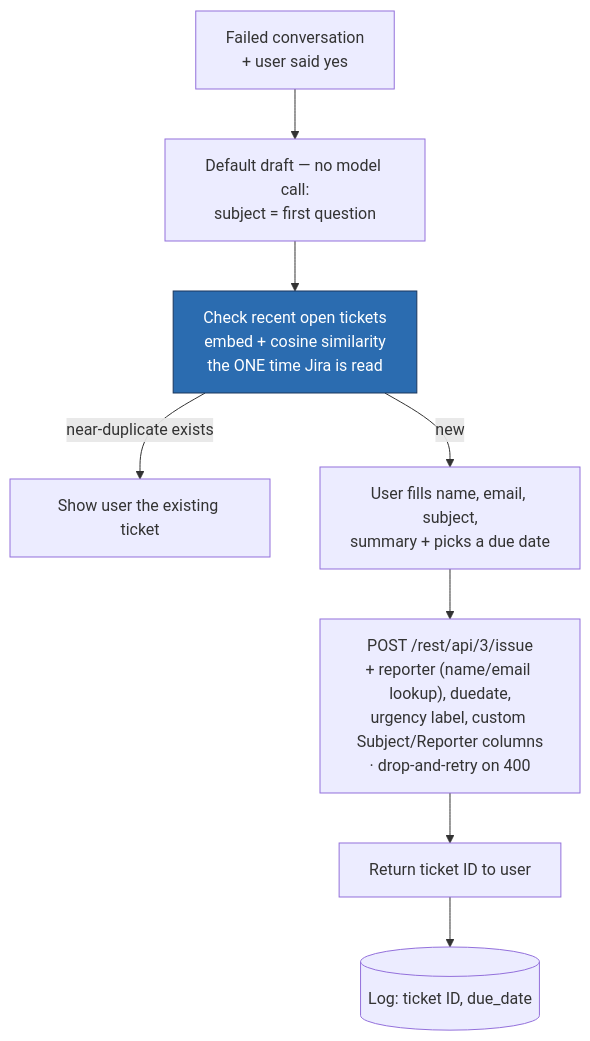
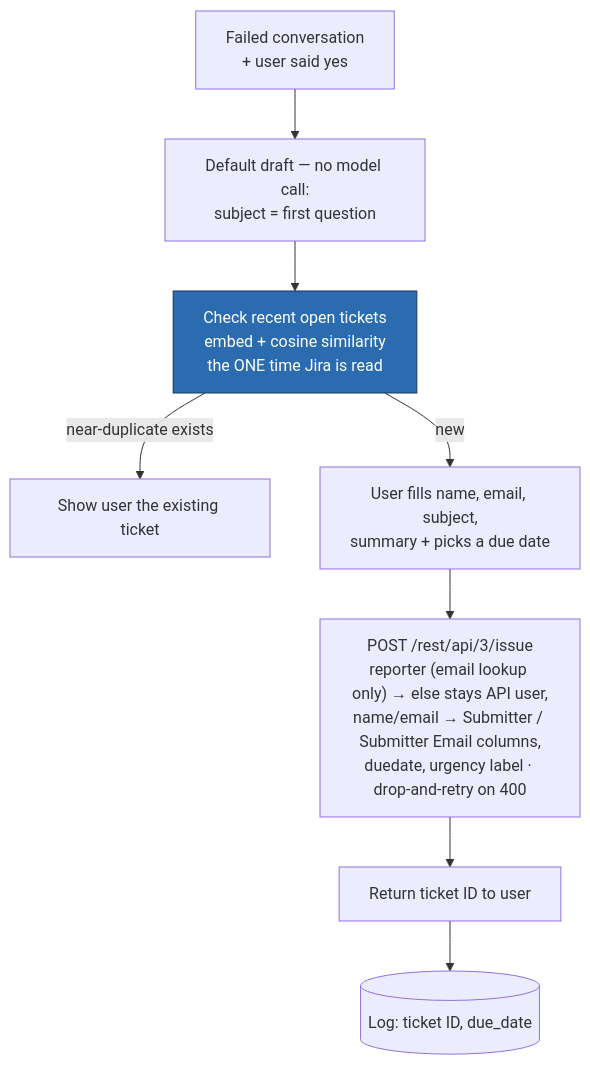
One commit to troymerales/sugbo-chatbot changed the fifth of 11 diagrams in docs/SugboDoc-Chatbot-Flowchart.md. Above: the diagram before and after it, drawn with Mermaid. The commit also changed other lines of this file and 9 other files, not shown here.

````diff
--- a/docs/SugboDoc-Chatbot-Flowchart.md
+++ b/docs/SugboDoc-Chatbot-Flowchart.md
@@ -147,12 +147,12 @@
 ```mermaid
 flowchart TD
     C[Failed conversation<br/>+ user said yes] --> DRAFT[Default draft — no model call:<br/>subject = first question]
     DRAFT --> DEDUP[Check recent open tickets<br/>embed + cosine similarity<br/>the ONE time Jira is read]
     DEDUP -->|near-duplicate exists| LINK[Show user the existing ticket]
     DEDUP -->|new| REVIEW[User fills name, email, subject,<br/>summary + picks a due date]
-    REVIEW --> CREATE["POST /rest/api/3/issue<br/>+ reporter (name/email lookup), duedate,<br/>urgency label, custom Subject/Reporter columns<br/>· drop-and-retry on 400"]
+    REVIEW --> CREATE["POST /rest/api/3/issue<br/>reporter (email lookup only) → else stays API user,<br/>name/email → Submitter / Submitter Email columns,<br/>duedate, urgency label · drop-and-retry on 400"]
     CREATE --> ID[Return ticket ID to user]
     ID --> LOG[(Log: ticket ID, due_date)]
 
     style DEDUP fill:#2b6cb0,stroke:#1a365d,color:#fff
 ```
````
